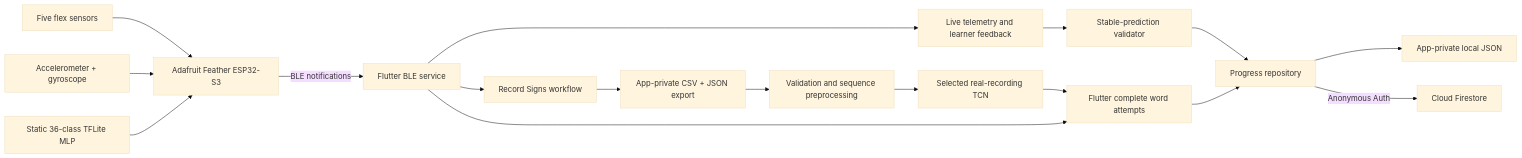
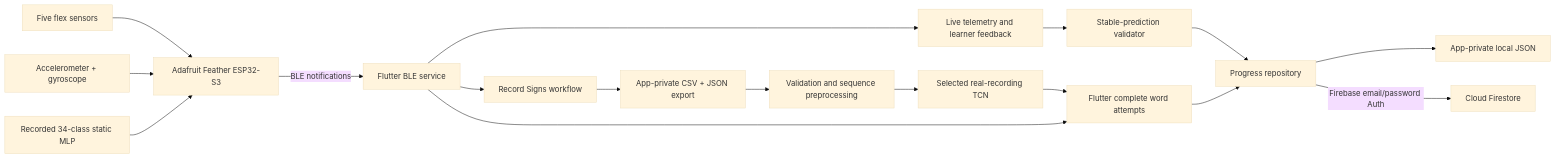
One commit to GG1627/helping-hand changed the diagram in RELEASE_CANDIDATE.md. Above: the diagram before and after it, drawn with Mermaid (base theme). The commit also changed other lines of this file and 4 other files, not shown here.

````diff
--- a/RELEASE_CANDIDATE.md
+++ b/RELEASE_CANDIDATE.md
@@ -82,19 +126,19 @@
 ```mermaid
 flowchart LR
     FLEX[Five flex sensors] --> ESP[Adafruit Feather ESP32-S3]
     IMU[Accelerometer + gyroscope] --> ESP
-    MODEL[Static 36-class TFLite MLP] --> ESP
+    MODEL[Recorded 34-class static MLP] --> ESP
     ESP -->|BLE notifications| BLE[Flutter BLE service]
     BLE --> LIVE[Live telemetry and learner feedback]
     LIVE --> TRACKER[Stable-prediction validator]
     TRACKER --> PROGRESS[Progress repository]
     PROGRESS --> LOCAL[App-private local JSON]
-    PROGRESS -->|Anonymous Auth| FIRESTORE[Cloud Firestore]
+    PROGRESS -->|Firebase email/password Auth| FIRESTORE[Cloud Firestore]
     BLE --> RECORD[Record Signs workflow]
     RECORD --> FILES[App-private CSV + JSON export]
     FILES --> BACKEND[Validation and sequence preprocessing]
     BACKEND --> WORDMODEL[Selected real-recording TCN]
     WORDMODEL --> WORDPRACTICE[Flutter complete word attempts]
     BLE --> WORDPRACTICE
     WORDPRACTICE --> PROGRESS
 ```
````
